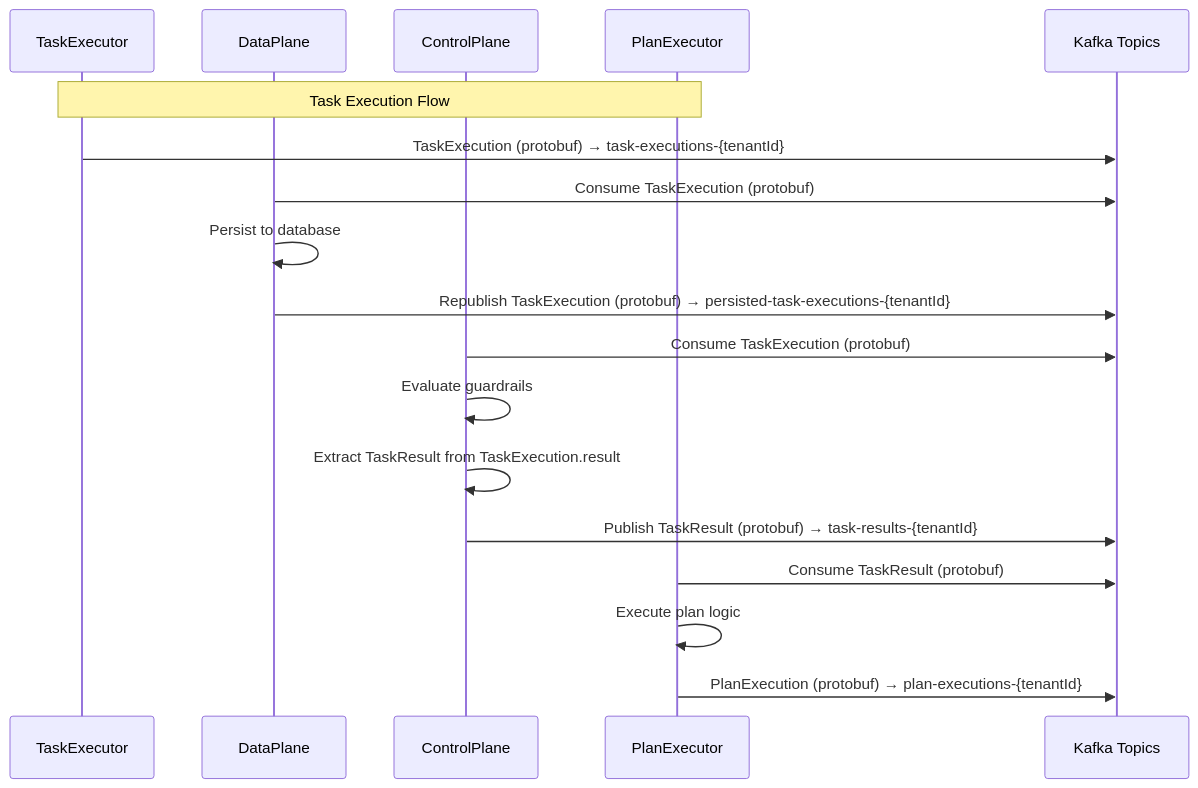
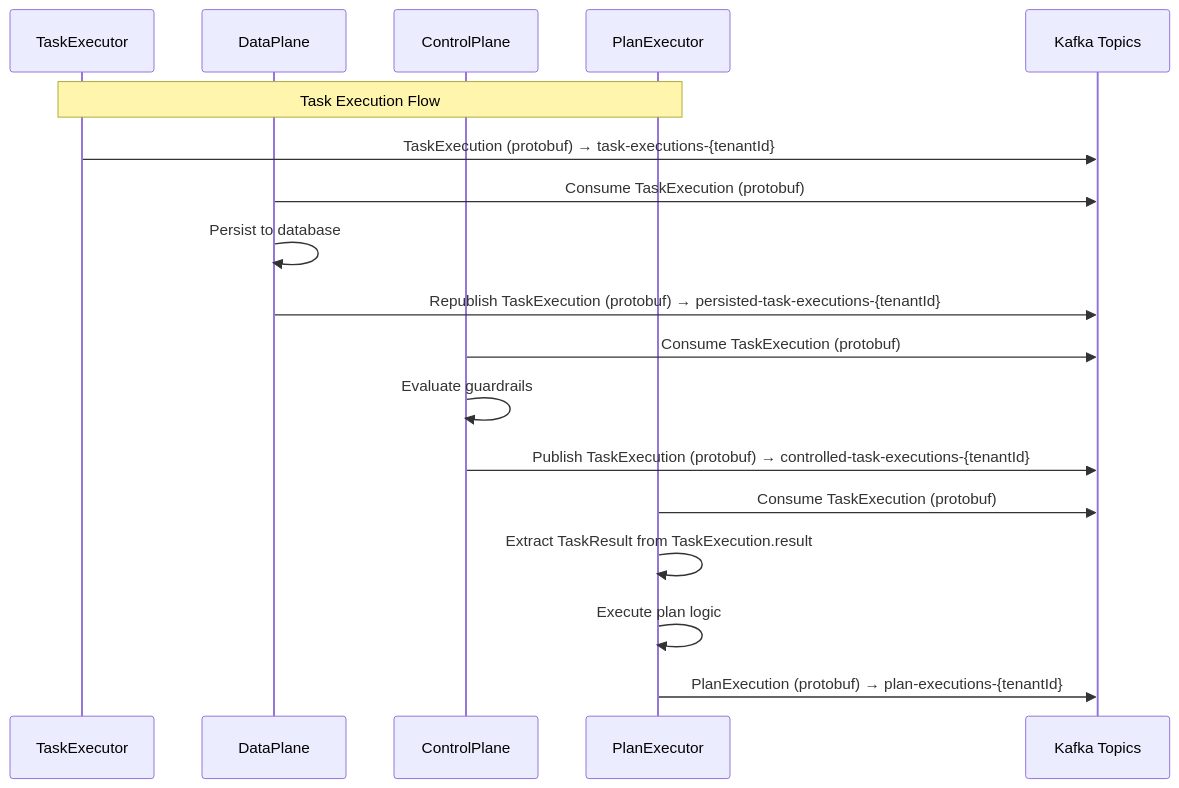
Before and after one commit to paul-callahan/scalable-agent-framework: the second of 3 diagrams in docs/DataFlow.md, drawn with Mermaid. The commit also changed other lines of this file and 23 other files, not shown here.

````diff
--- a/docs/DataFlow.md
+++ b/docs/DataFlow.md
@@ -62,22 +62,22 @@
 ```mermaid
 sequenceDiagram
     participant TE as TaskExecutor
     participant DP as DataPlane
     participant CP as ControlPlane
     participant PE as PlanExecutor
     participant K as Kafka Topics
 
     Note over TE,PE: Task Execution Flow
 
     TE->>K: TaskExecution (protobuf) → task-executions-{tenantId}
     DP->>K: Consume TaskExecution (protobuf)
     DP->>DP: Persist to database
     DP->>K: Republish TaskExecution (protobuf) → persisted-task-executions-{tenantId}
     CP->>K: Consume TaskExecution (protobuf)
     CP->>CP: Evaluate guardrails
-    CP->>CP: Extract TaskResult from TaskExecution.result
-    CP->>K: Publish TaskResult (protobuf) → task-results-{tenantId}
-    PE->>K: Consume TaskResult (protobuf)
+    CP->>K: Publish TaskExecution (protobuf) → controlled-task-executions-{tenantId}
+    PE->>K: Consume TaskExecution (protobuf)
+    PE->>PE: Extract TaskResult from TaskExecution.result
     PE->>PE: Execute plan logic
     PE->>K: PlanExecution (protobuf) → plan-executions-{tenantId}
 ```
````
